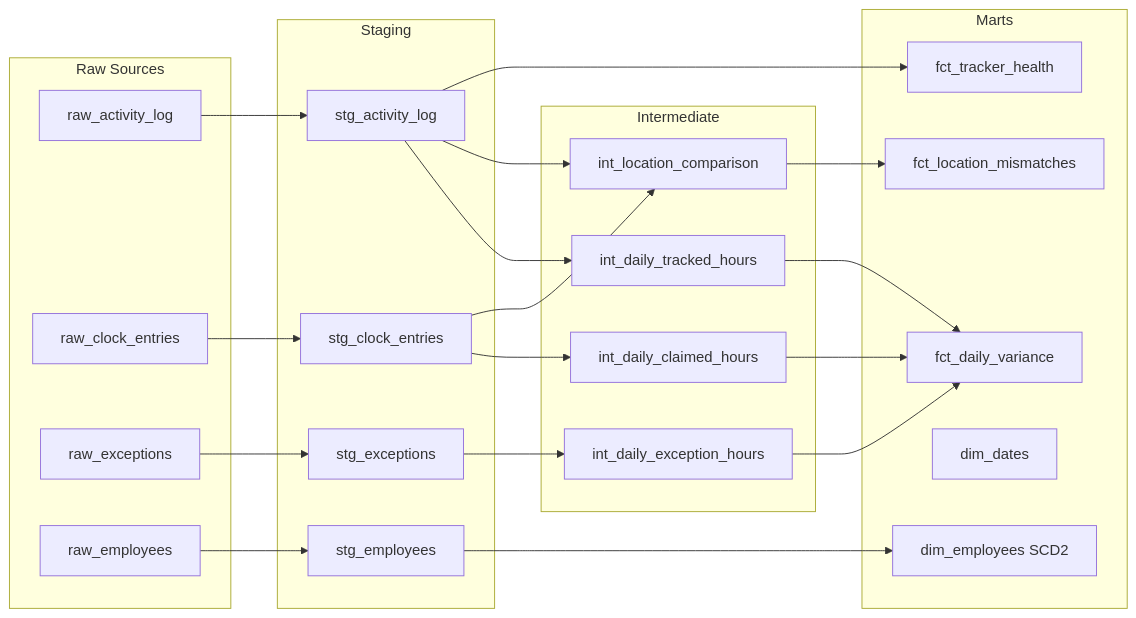
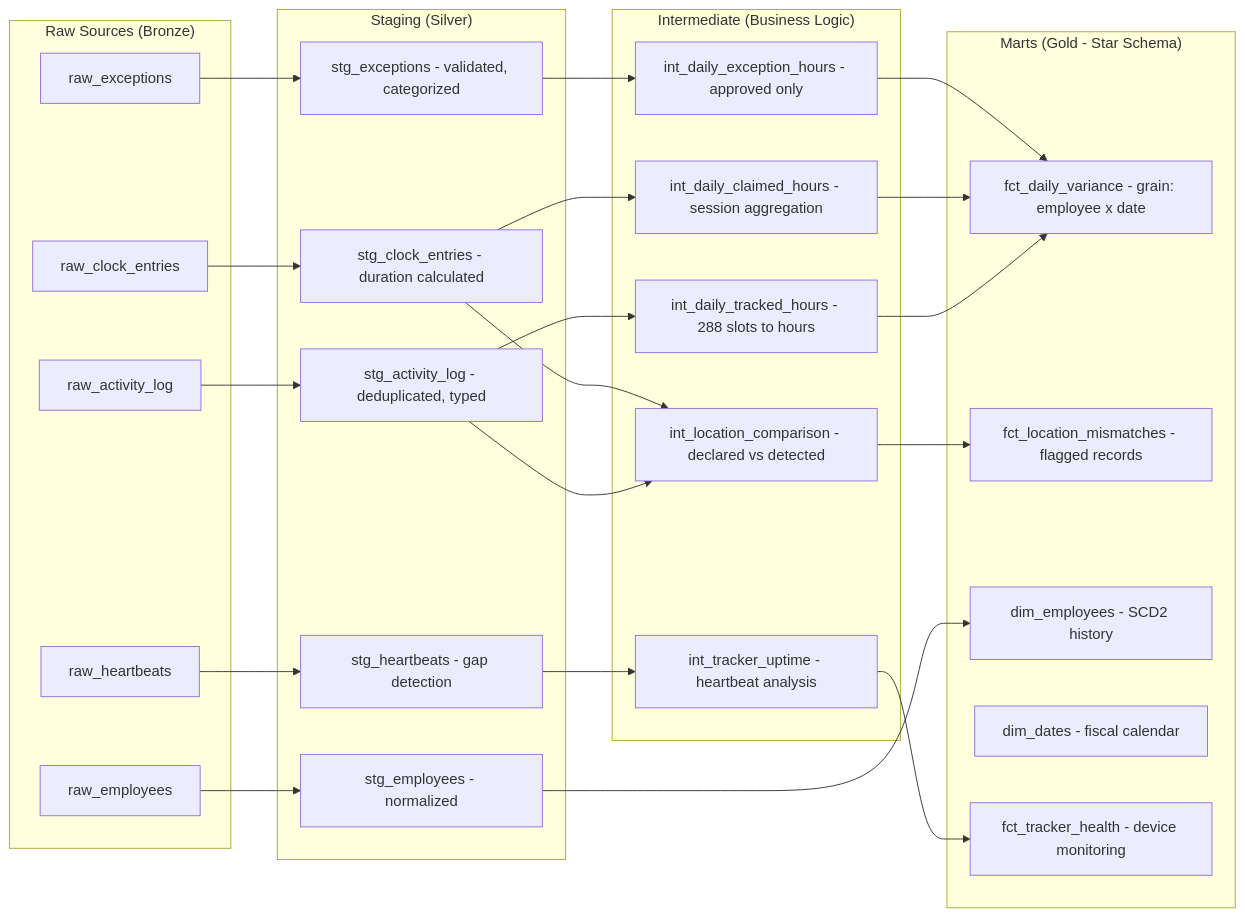
Before and after one commit to MaqSaid/Rhythm: the seventh of 10 diagrams in INTERVIEW_PREPARATION.md, drawn with Mermaid. The commit also changed other lines of this file, not shown here.

````diff
--- a/INTERVIEW_PREPARATION.md
+++ b/INTERVIEW_PREPARATION.md
@@ -1038,35 +674,38 @@
 ```mermaid
 graph LR
-    subgraph SRC["Raw Sources"]
+    subgraph SRC["Raw Sources (Bronze)"]
         R1[raw_activity_log]
         R2[raw_clock_entries]
         R3[raw_exceptions]
         R4[raw_employees]
+        R5[raw_heartbeats]
     end
-    subgraph STG["Staging"]
-        S1[stg_activity_log]
-        S2[stg_clock_entries]
-        S3[stg_exceptions]
-        S4[stg_employees]
+    subgraph STG["Staging (Silver)"]
+        S1[stg_activity_log - deduplicated, typed]
+        S2[stg_clock_entries - duration calculated]
+        S3[stg_exceptions - validated, categorized]
+        S4[stg_employees - normalized]
+        S5[stg_heartbeats - gap detection]
     end
-    subgraph INT["Intermediate"]
-        I1[int_daily_tracked_hours]
-        I2[int_daily_claimed_hours]
-        I3[int_daily_exception_hours]
-        I4[int_location_comparison]
+    subgraph INT["Intermediate (Business Logic)"]
+        I1[int_daily_tracked_hours - 288 slots to hours]
+        I2[int_daily_claimed_hours - session aggregation]
+        I3[int_daily_exception_hours - approved only]
+        I4[int_location_comparison - declared vs detected]
+        I5[int_tracker_uptime - heartbeat analysis]
     end
-    subgraph MART["Marts"]
-        M1[fct_daily_variance]
-        M2[fct_location_mismatches]
-        M3[dim_employees SCD2]
-        M4[dim_dates]
-        M5[fct_tracker_health]
+    subgraph MART["Marts (Gold - Star Schema)"]
+        M1[fct_daily_variance - grain: employee x date]
+        M2[fct_location_mismatches - flagged records]
+        M3[dim_employees - SCD2 history]
+        M4[dim_dates - fiscal calendar]
+        M5[fct_tracker_health - device monitoring]
     end
 
     R1 --> S1 --> I1 --> M1
     R2 --> S2 --> I2 --> M1
     R3 --> S3 --> I3 --> M1
     R4 --> S4 --> M3
+    R5 --> S5 --> I5 --> M5
     S1 & S2 --> I4 --> M2
-    S1 --> M5
 ```
````
